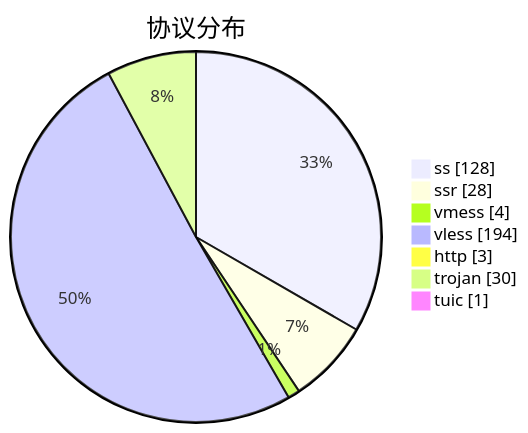
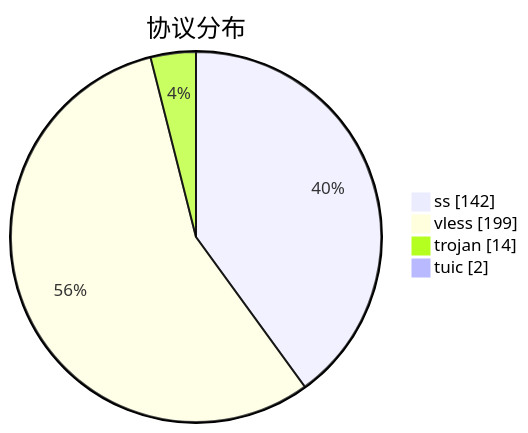
One commit to qjlxg/airport changed the third of 3 diagrams in subs/statistics/tested_within.md. Above: the diagram before and after it, drawn with Mermaid. The commit also changed other lines of this file and 2 other files, not shown here.

````diff
--- a/subs/statistics/tested_within.md
+++ b/subs/statistics/tested_within.md
@@ -34,11 +32,8 @@
 ```mermaid
 pie showData
 title 协议分布
-"ss" : 128
-"ssr" : 28
-"vmess" : 4
-"vless" : 194
-"http" : 3
-"trojan" : 30
-"tuic" : 1
+"ss" : 142
+"vless" : 199
+"trojan" : 14
+"tuic" : 2
 ```
````
